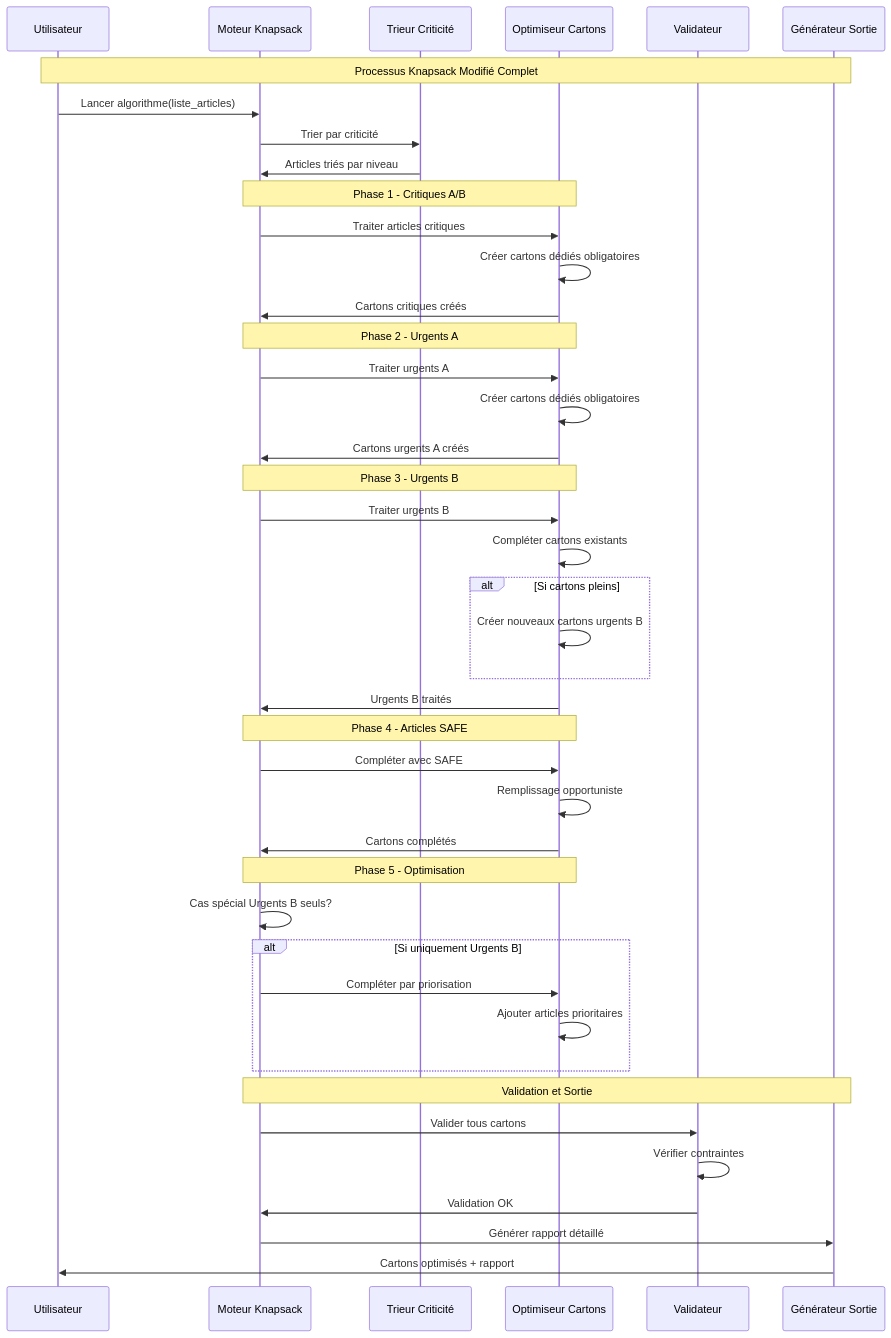
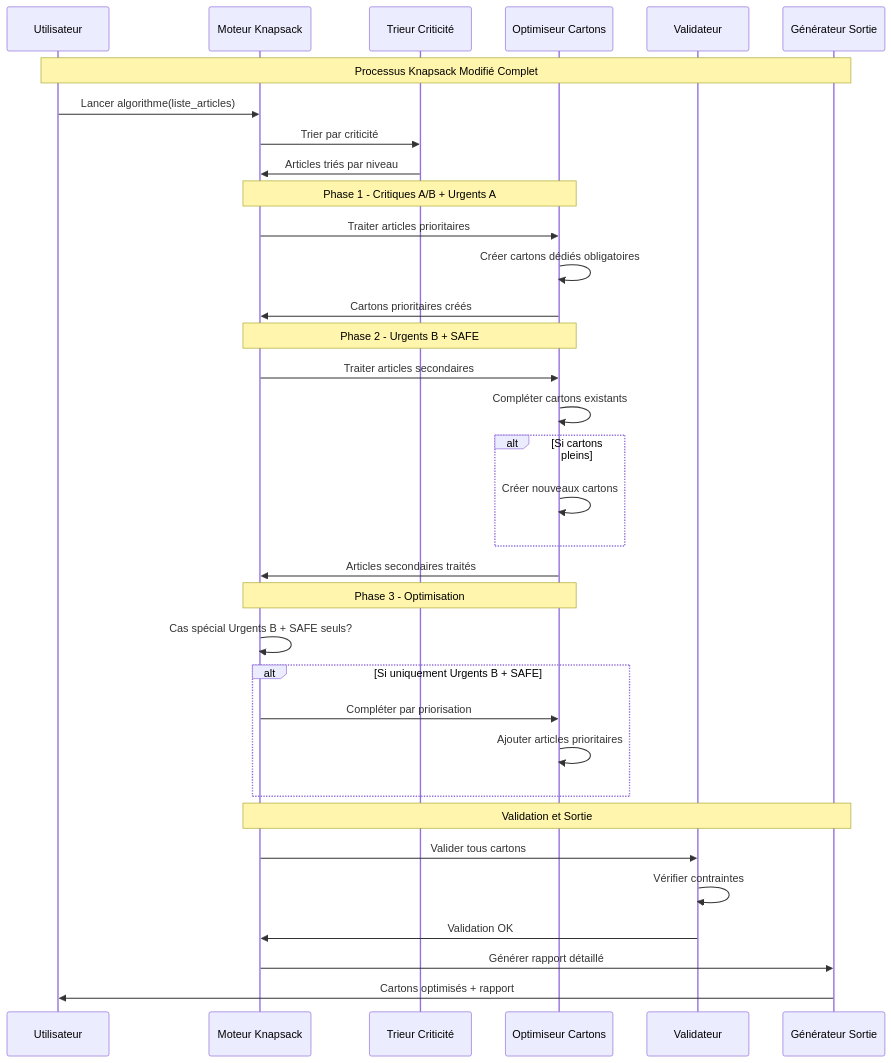
Before and after one commit to Singularity-Institute/PTL-r-appro-: the seventh of 10 diagrams in algorithme_knapsack_modifie_criticite.md, drawn with Mermaid. The commit also changed other lines of this file, not shown here.

````diff
--- a/algorithme_knapsack_modifie_criticite.md
+++ b/algorithme_knapsack_modifie_criticite.md
@@ -330,53 +323,43 @@
 ```mermaid
 sequenceDiagram
     participant User as Utilisateur
     participant Engine as Moteur Knapsack
     participant Sorter as Trieur Criticité
     participant Packer as Optimiseur Cartons
     participant Validator as Validateur
     participant Output as Générateur Sortie
     
     Note over User,Output: Processus Knapsack Modifié Complet
     
     User->>Engine: Lancer algorithme(liste_articles)
     Engine->>Sorter: Trier par criticité
     Sorter->>Engine: Articles triés par niveau
     
-    Note over Engine,Packer: Phase 1 - Critiques A/B
-    Engine->>Packer: Traiter articles critiques
+    Note over Engine,Packer: Phase 1 - Critiques A/B + Urgents A
+    Engine->>Packer: Traiter articles prioritaires
     Packer->>Packer: Créer cartons dédiés obligatoires
-    Packer->>Engine: Cartons critiques créés
+    Packer->>Engine: Cartons prioritaires créés
     
-    Note over Engine,Packer: Phase 2 - Urgents A  
-    Engine->>Packer: Traiter urgents A
-    Packer->>Packer: Créer cartons dédiés obligatoires
-    Packer->>Engine: Cartons urgents A créés
-    
-    Note over Engine,Packer: Phase 3 - Urgents B
-    Engine->>Packer: Traiter urgents B
+    Note over Engine,Packer: Phase 2 - Urgents B + SAFE
+    Engine->>Packer: Traiter articles secondaires
     Packer->>Packer: Compléter cartons existants
     alt Si cartons pleins
-        Packer->>Packer: Créer nouveaux cartons urgents B
+        Packer->>Packer: Créer nouveaux cartons
     end
-    Packer->>Engine: Urgents B traités
+    Packer->>Engine: Articles secondaires traités
     
-    Note over Engine,Packer: Phase 4 - Articles SAFE
-    Engine->>Packer: Compléter avec SAFE
-    Packer->>Packer: Remplissage opportuniste
-    Packer->>Engine: Cartons complétés
-    
-    Note over Engine,Packer: Phase 5 - Optimisation
-    Engine->>Engine: Cas spécial Urgents B seuls?
-    alt Si uniquement Urgents B
+    Note over Engine,Packer: Phase 3 - Optimisation
+    Engine->>Engine: Cas spécial Urgents B + SAFE seuls?
+    alt Si uniquement Urgents B + SAFE
         Engine->>Packer: Compléter par priorisation
         Packer->>Packer: Ajouter articles prioritaires
     end
     
     Note over Engine,Output: Validation et Sortie
     Engine->>Validator: Valider tous cartons
     Validator->>Validator: Vérifier contraintes
     Validator->>Engine: Validation OK
     
     Engine->>Output: Générer rapport détaillé
     Output->>User: Cartons optimisés + rapport
 ```
````
